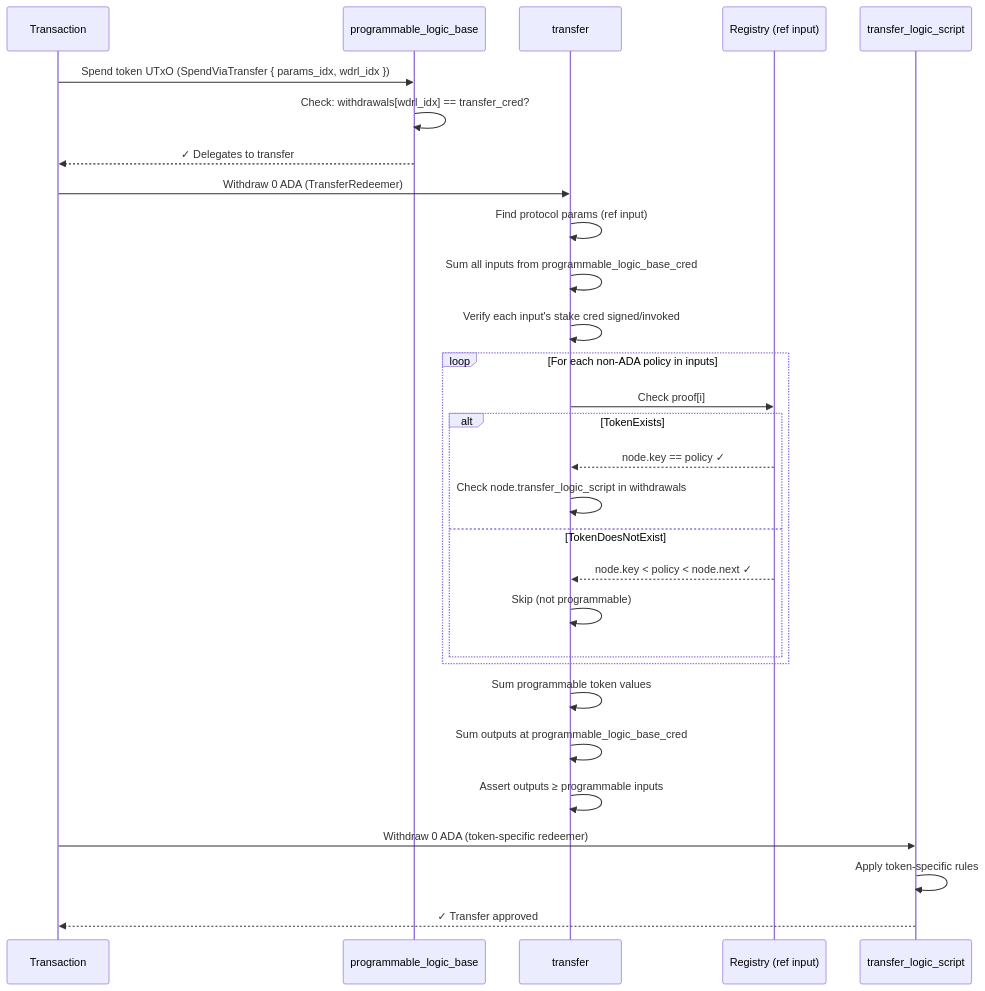
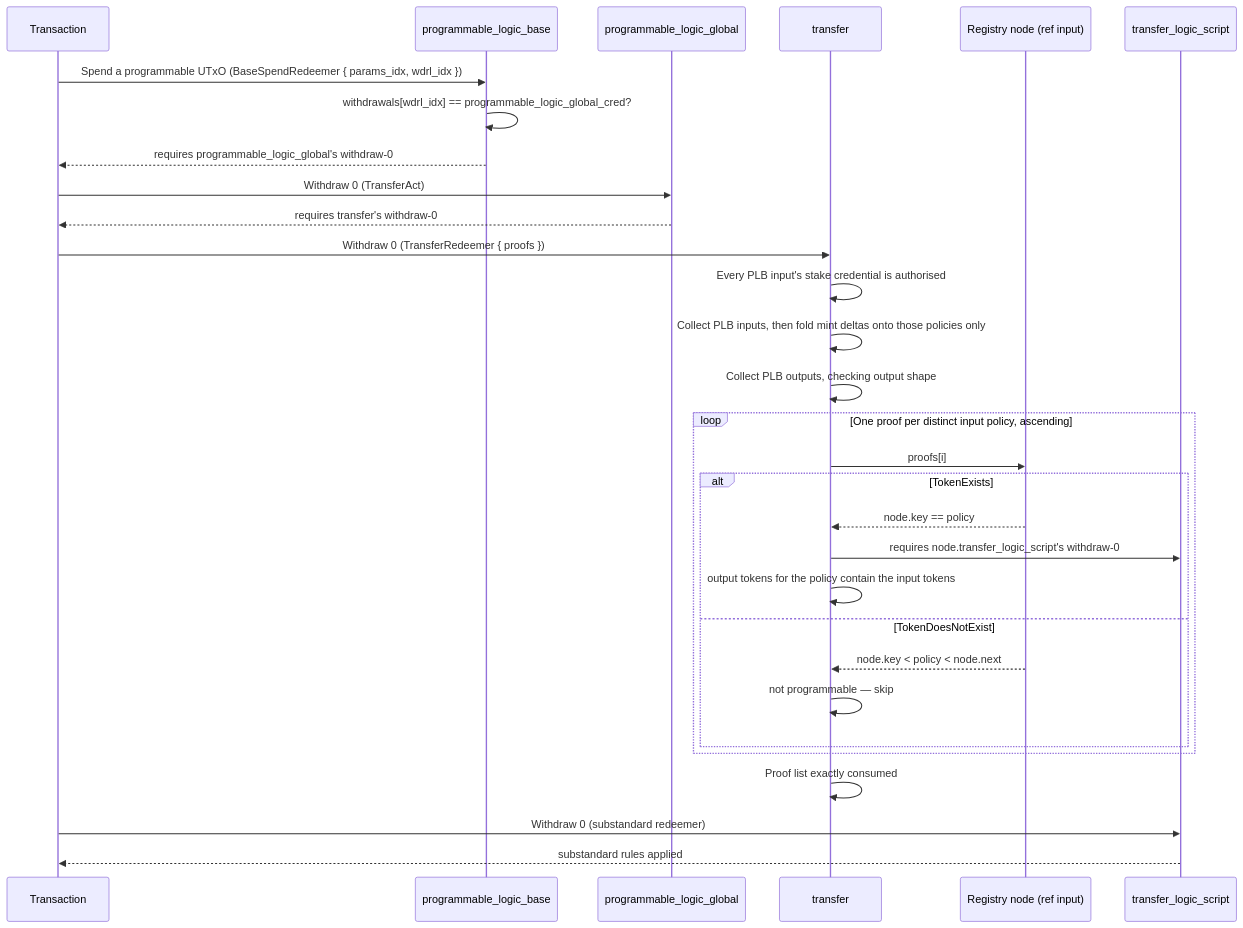
The third of 3 diagrams in documentation/02-ARCHITECTURE.md (cardano-foundation/cip113-programmable-tokens), drawn with Mermaid before and after one commit. The commit also changed other lines of this file and 5 other files, not shown here.

````diff
--- a/documentation/02-ARCHITECTURE.md
+++ b/documentation/02-ARCHITECTURE.md
@@ -470,36 +744,37 @@
 ```mermaid
 sequenceDiagram
     participant TX as Transaction
     participant PLB as programmable_logic_base
+    participant PLG as programmable_logic_global
     participant TR as transfer
-    participant REG as Registry (ref input)
+    participant REG as Registry node (ref input)
     participant TL as transfer_logic_script
 
-    TX->>PLB: Spend token UTxO (SpendViaTransfer { params_idx, wdrl_idx })
-    PLB->>PLB: Check: withdrawals[wdrl_idx] == transfer_cred?
-    PLB-->>TX: ✓ Delegates to transfer
+    TX->>PLB: Spend a programmable UTxO (BaseSpendRedeemer { params_idx, wdrl_idx })
+    PLB->>PLB: withdrawals[wdrl_idx] == programmable_logic_global_cred?
+    PLB-->>TX: requires programmable_logic_global's withdraw-0
 
-    TX->>TR: Withdraw 0 ADA (TransferRedeemer)
-    TR->>TR: Find protocol params (ref input)
-    TR->>TR: Sum all inputs from programmable_logic_base_cred
-    TR->>TR: Verify each input's stake cred signed/invoked
+    TX->>PLG: Withdraw 0 (TransferAct)
+    PLG-->>TX: requires transfer's withdraw-0
 
-    loop For each non-ADA policy in inputs
-        TR->>REG: Check proof[i]
+    TX->>TR: Withdraw 0 (TransferRedeemer { proofs })
+    TR->>TR: Every PLB input's stake credential is authorised
+    TR->>TR: Collect PLB inputs, then fold mint deltas onto those policies only
+    TR->>TR: Collect PLB outputs, checking output shape
+
+    loop One proof per distinct input policy, ascending
+        TR->>REG: proofs[i]
         alt TokenExists
-            REG-->>TR: node.key == policy ✓
-            TR->>TR: Check node.transfer_logic_script in withdrawals
+            REG-->>TR: node.key == policy
+            TR->>TL: requires node.transfer_logic_script's withdraw-0
+            TR->>TR: output tokens for the policy contain the input tokens
         else TokenDoesNotExist
-            REG-->>TR: node.key < policy < node.next ✓
-            TR->>TR: Skip (not programmable)
+            REG-->>TR: node.key < policy < node.next
+            TR->>TR: not programmable — skip
         end
     end
 
-    TR->>TR: Sum programmable token values
-    TR->>TR: Sum outputs at programmable_logic_base_cred
-    TR->>TR: Assert outputs ≥ programmable inputs
-
-    TX->>TL: Withdraw 0 ADA (token-specific redeemer)
-    TL->>TL: Apply token-specific rules
-    TL-->>TX: ✓ Transfer approved
+    TR->>TR: Proof list exactly consumed
+    TX->>TL: Withdraw 0 (substandard redeemer)
+    TL-->>TX: substandard rules applied
 ```
````
